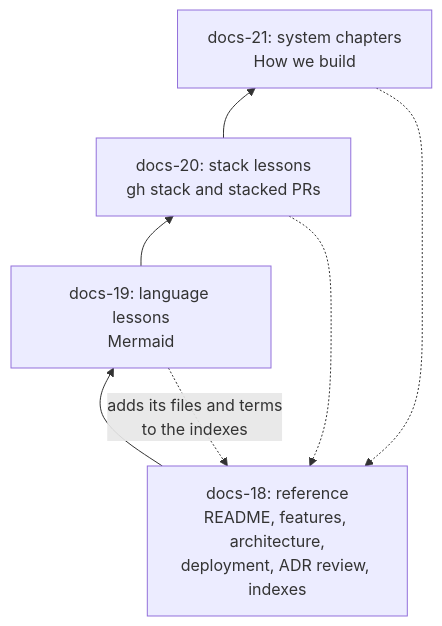
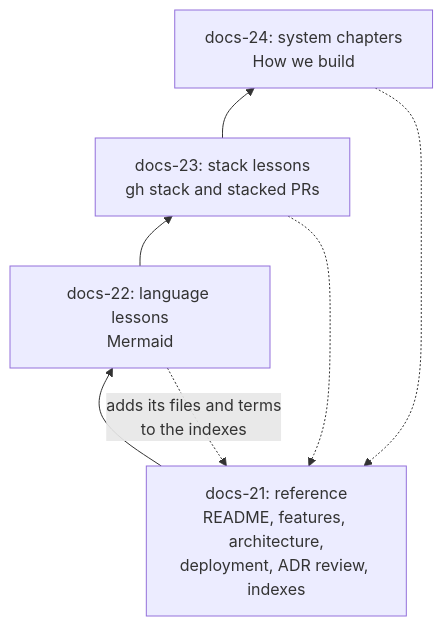
The third of 5 diagrams in docs/course/system/04-docs-agent-writes-the-docs-section.md (chandanbsd/baseline-framework), drawn with Mermaid before and after one commit. The commit also changed other lines of this file and 11 other files, not shown here.

Commit message:
docs: re-check the system chapters against revision 3

````diff
--- a/docs/course/system/04-docs-agent-writes-the-docs-section.md
+++ b/docs/course/system/04-docs-agent-writes-the-docs-section.md
@@ -146,11 +146,11 @@
 ```mermaid
 flowchart BT
-    R["docs-18: reference<br/>README, features, architecture,<br/>deployment, ADR review, indexes"]
-    L["docs-19: language lessons<br/>Mermaid"]
-    S["docs-20: stack lessons<br/>gh stack and stacked PRs"]
-    C["docs-21: system chapters<br/>How we build"]
+    R["docs-21: reference<br/>README, features, architecture,<br/>deployment, ADR review, indexes"]
+    L["docs-22: language lessons<br/>Mermaid"]
+    S["docs-23: stack lessons<br/>gh stack and stacked PRs"]
+    C["docs-24: system chapters<br/>How we build"]
     R --> L --> S --> C
     L -.->|"adds its files and terms<br/>to the indexes"| R
     S -.-> R
     C -.-> R
 ```
````
